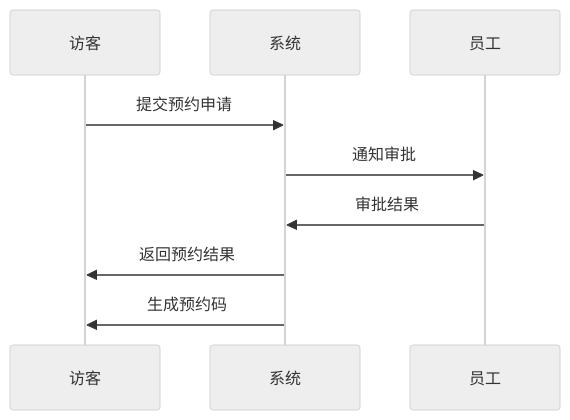
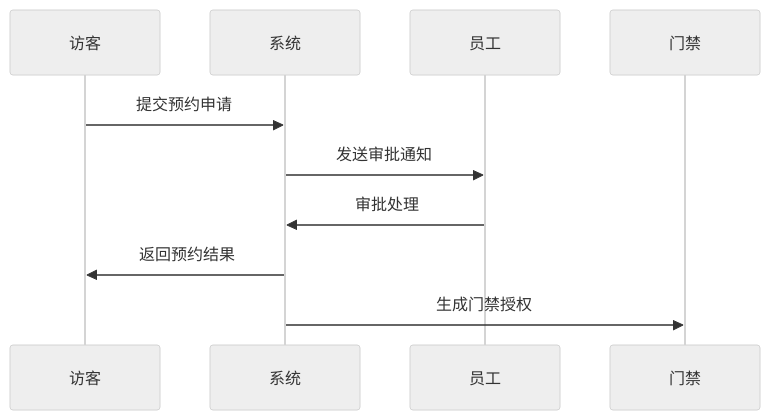
One commit to yuhaibao39/n8ndeploy changed the second of 3 diagrams in devel/outlinedesign.md. Above: the diagram before and after it, drawn with Mermaid (neutral theme). The commit also changed other lines of this file, not shown here.

````diff
--- a/devel/outlinedesign.md
+++ b/devel/outlinedesign.md
@@ -67,12 +82,13 @@
 ```mermaid
 sequenceDiagram
     participant V as 访客
     participant S as 系统
     participant E as 员工
+    participant A as 门禁
     
     V->>S: 提交预约申请
-    S->>E: 通知审批
-    E->>S: 审批结果
+    S->>E: 发送审批通知
+    E->>S: 审批处理
     S->>V: 返回预约结果
-    S->>V: 生成预约码
+    S->>A: 生成门禁授权
 ```
````
